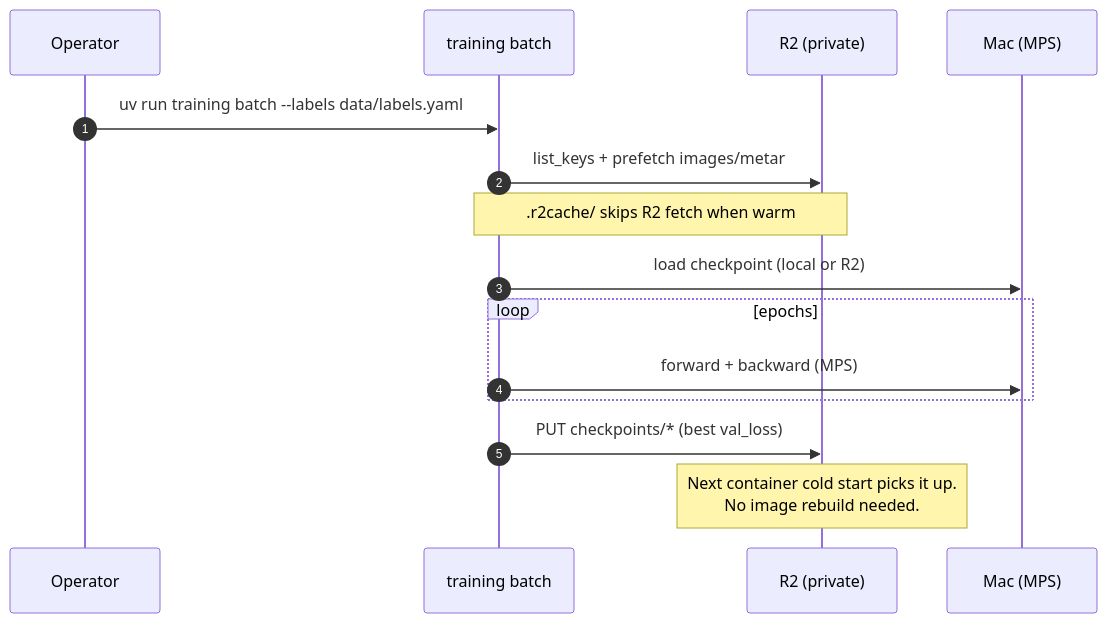
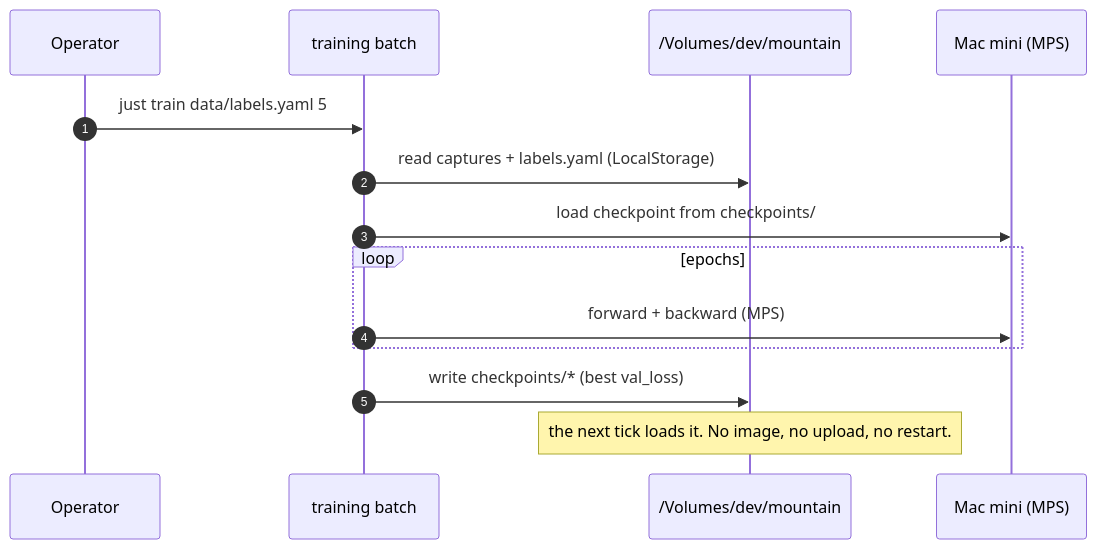
One commit to robogeosociety/is-the-mountain-out changed the third of 3 diagrams in README.md. Above: the diagram before and after it, drawn with Mermaid. The commit also changed other lines of this file and 54 other files, not shown here.

````diff
--- a/README.md
+++ b/README.md
@@ -138,18 +147,17 @@
 ```mermaid
 sequenceDiagram
   autonumber
   participant Op as Operator
   participant T as training batch
-  participant R2p as R2 (private)
-  participant Mac as Mac (MPS)
+  participant D as /Volumes/dev/mountain
+  participant Mac as Mac mini (MPS)
 
-  Op->>T: uv run training batch --labels data/labels.yaml
-  T->>R2p: list_keys + prefetch images/metar
-  Note over T,R2p: .r2cache/ skips R2 fetch when warm
-  T->>Mac: load checkpoint (local or R2)
+  Op->>T: just train data/labels.yaml 5
+  T->>D: read captures + labels.yaml (LocalStorage)
+  T->>Mac: load checkpoint from checkpoints/
   loop epochs
     T->>Mac: forward + backward (MPS)
   end
-  T->>R2p: PUT checkpoints/* (best val_loss)
-  Note over R2p: Next container cold start picks it up.<br/>No image rebuild needed.
+  T->>D: write checkpoints/* (best val_loss)
+  Note over D: the next tick loads it. No image, no upload, no restart.
 ```
````
